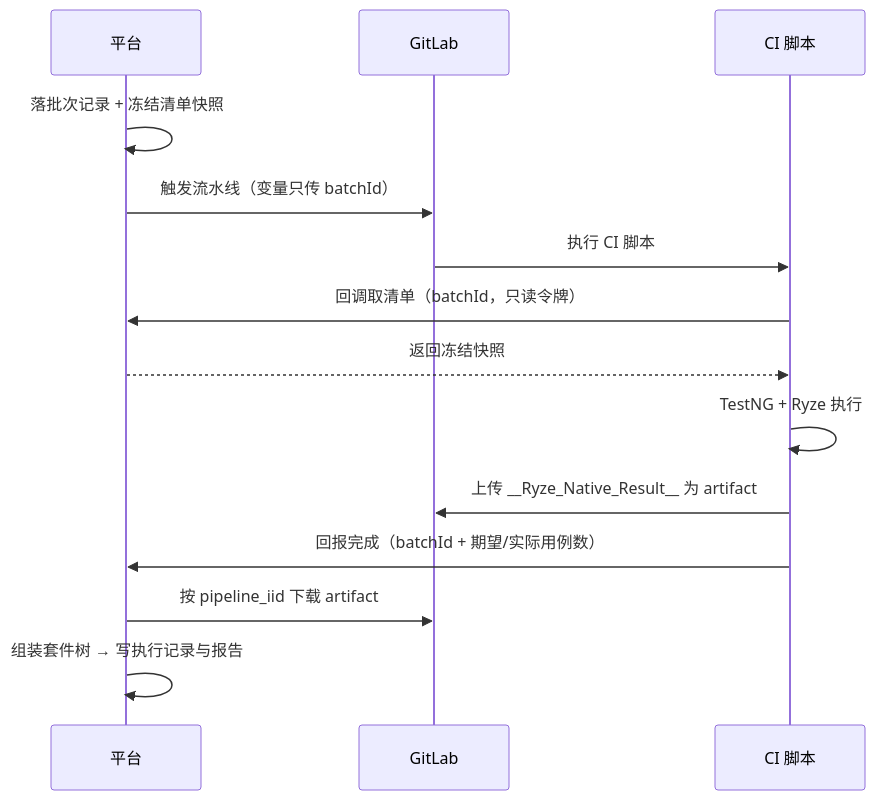
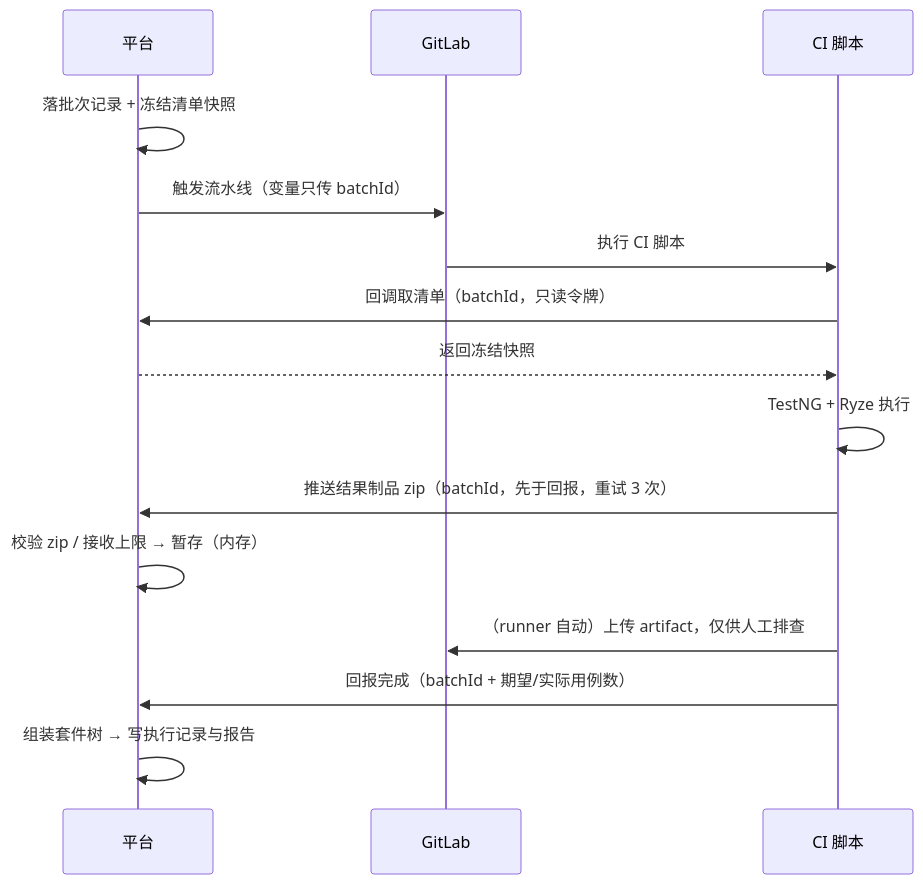
One commit to XiaoMiSum/robotest changed the third of 4 diagrams in docs/04-detailed-design/05-api-testing/32-gitlab-integration-overview.md. Above: the diagram before and after it, drawn with Mermaid. The commit also changed other lines of this file and 4 other files, not shown here.

````diff
--- a/docs/04-detailed-design/05-api-testing/32-gitlab-integration-overview.md
+++ b/docs/04-detailed-design/05-api-testing/32-gitlab-integration-overview.md
@@ -429,17 +429,18 @@
 ```mermaid
 sequenceDiagram
     participant T as 平台
     participant G as GitLab
     participant C as CI 脚本
 
     T->>T: 落批次记录 + 冻结清单快照
     T->>G: 触发流水线（变量只传 batchId）
     G->>C: 执行 CI 脚本
     C->>T: 回调取清单（batchId，只读令牌）
     T-->>C: 返回冻结快照
     C->>C: TestNG + Ryze 执行
-    C->>G: 上传 __Ryze_Native_Result__ 为 artifact
+    C->>T: 推送结果制品 zip（batchId，先于回报，重试 3 次）
+    T->>T: 校验 zip / 接收上限 → 暂存（内存）
+    C->>G: （runner 自动）上传 artifact，仅供人工排查
     C->>T: 回报完成（batchId + 期望/实际用例数）
-    T->>G: 按 pipeline_iid 下载 artifact
     T->>T: 组装套件树 → 写执行记录与报告
 ```
````
